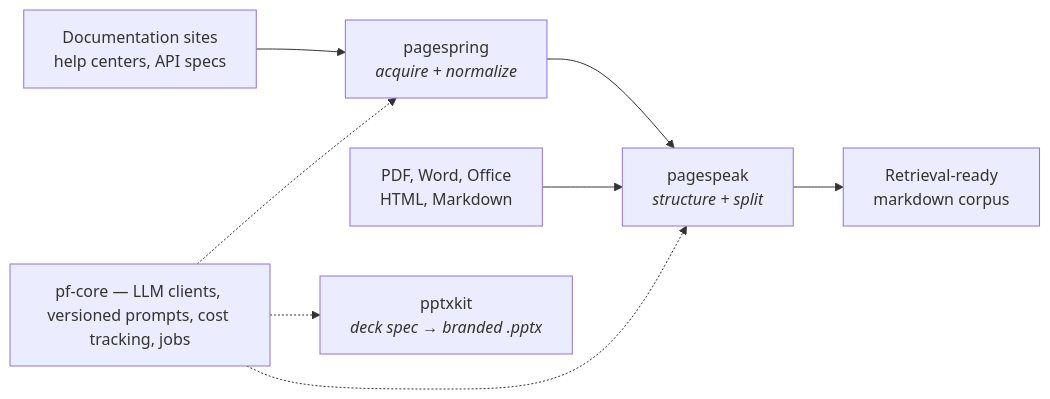
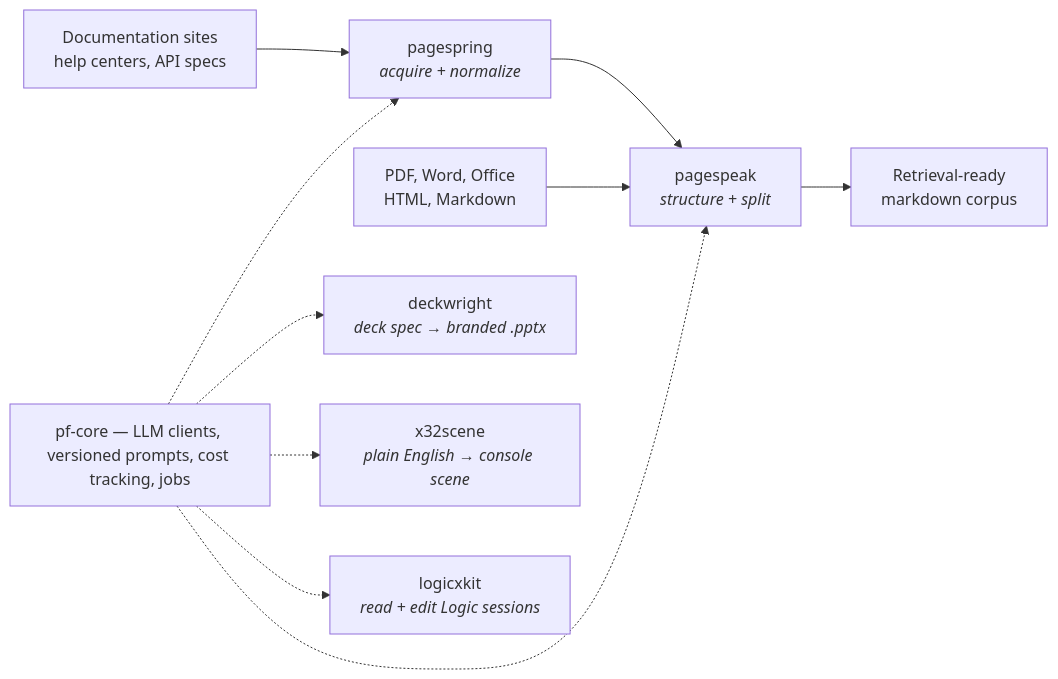
The diagram in profile/README.md (phierceweb/.github), drawn with Mermaid before and after one commit. The commit also changed other lines of this file, not shown here.

Commit message:
Add x32scene to list

````diff
--- a/profile/README.md
+++ b/profile/README.md
@@ -7,10 +7,12 @@
 ```mermaid
 flowchart LR
     A["Documentation sites<br/>help centers, API specs"] --> B["pagespring<br/><i>acquire + normalize</i>"]
     B --> C["pagespeak<br/><i>structure + split</i>"]
     D["PDF, Word, Office<br/>HTML, Markdown"] --> C
     C --> E["Retrieval-ready<br/>markdown corpus"]
     F["pf-core — LLM clients, versioned prompts, cost tracking, jobs"] -.-> B
     F -.-> C
-    F -.-> G["pptxkit<br/><i>deck spec → branded .pptx</i>"]
+    F -.-> G["deckwright<br/><i>deck spec → branded .pptx</i>"]
+    F -.-> H["x32scene<br/><i>plain English → console scene</i>"]
+    F -.-> I["logicxkit<br/><i>read + edit Logic sessions</i>"]
 ```
````
